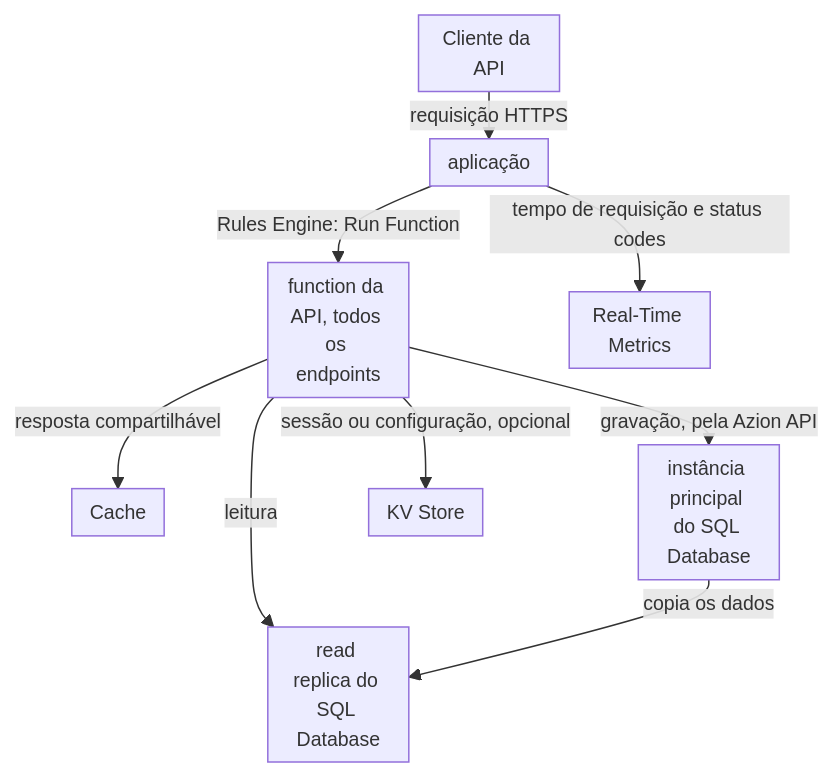
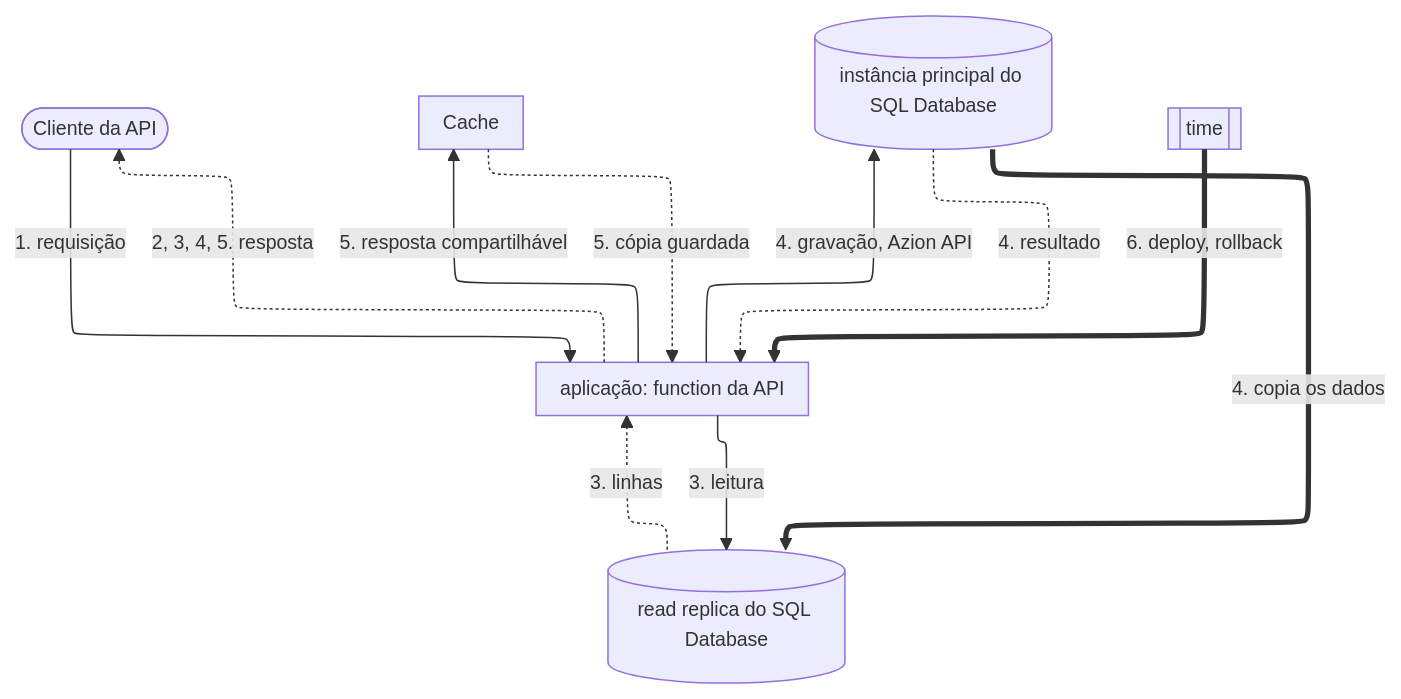
One commit to aziontech/docs changed the diagram in apps/docs/src/content/docs/pt-br/pages/arquiteturas/edge-application/serverless-apps.mdx. Above: the diagram before and after it, drawn with Mermaid. The commit also changed other lines of this file and 179 other files, not shown here.

Commit message:
docs(diagrams): redraw every other diagram in the use-case diagram style (#2513)

````diff
--- a/apps/docs/src/content/docs/pt-br/pages/arquiteturas/edge-application/serverless-apps.mdx
+++ b/apps/docs/src/content/docs/pt-br/pages/arquiteturas/edge-application/serverless-apps.mdx
@@ -18,12 +20,20 @@
 ```mermaid
-%%{init: {"layout": "dagre", "themeVariables": {"fontSize": "13px"}, "flowchart": {"nodeSpacing": 12, "rankSpacing": 12, "padding": 6, "wrappingWidth": 70, "minNodeWidth": 40, "useMaxWidth": true}}}%%
+%%{init: {"layout": "elk", "elk": {"cycleBreakingStrategy": "MODEL_ORDER"}, "themeVariables": {"fontSize": "13px"}, "flowchart": {"nodeSpacing": 24, "rankSpacing": 36, "padding": 8, "wrappingWidth": 150, "useMaxWidth": true}, "sequence": {"width": 120, "actorMargin": 30, "useMaxWidth": true}}}%%
 flowchart TD
-  Client["Cliente da API"] -->|"requisição HTTPS"| App["aplicação"]
-  App -->|"Rules Engine: Run Function"| Fn["function da API, todos os endpoints"]
-  Fn -->|"resposta compartilhável"| Cache["Cache"]
-  Fn -->|"leitura"| Replica["read replica do SQL Database"]
-  Fn -->|"gravação, pela Azion API"| Main["instância principal do SQL Database"]
-  Main -->|"copia os dados"| Replica
-  Fn -->|"sessão ou configuração, opcional"| KV["KV Store"]
-  App -->|"tempo de requisição e status codes"| RTM["Real-Time Metrics"]
+  Client(["Cliente da API"])
+  App["aplicação: function da API"]
+  Cache["Cache"]
+  Main[("instância principal do SQL Database")]
+  Replica[("read replica do SQL Database")]
+  Team[["time"]]
+  Client -->|"1. requisição"| App
+  App -->|"5. resposta compartilhável"| Cache
+  App -->|"4. gravação, Azion API"| Main
+  App -->|"3. leitura"| Replica
+  Cache -.->|"5. cópia guardada"| App
+  Main -.->|"4. resultado"| App
+  Replica -.->|"3. linhas"| App
+  App -.->|"2, 3, 4, 5. resposta"| Client
+  Main ==>|"4. copia os dados"| Replica
+  Team ==>|"6. deploy, rollback"| App
 ```
````
